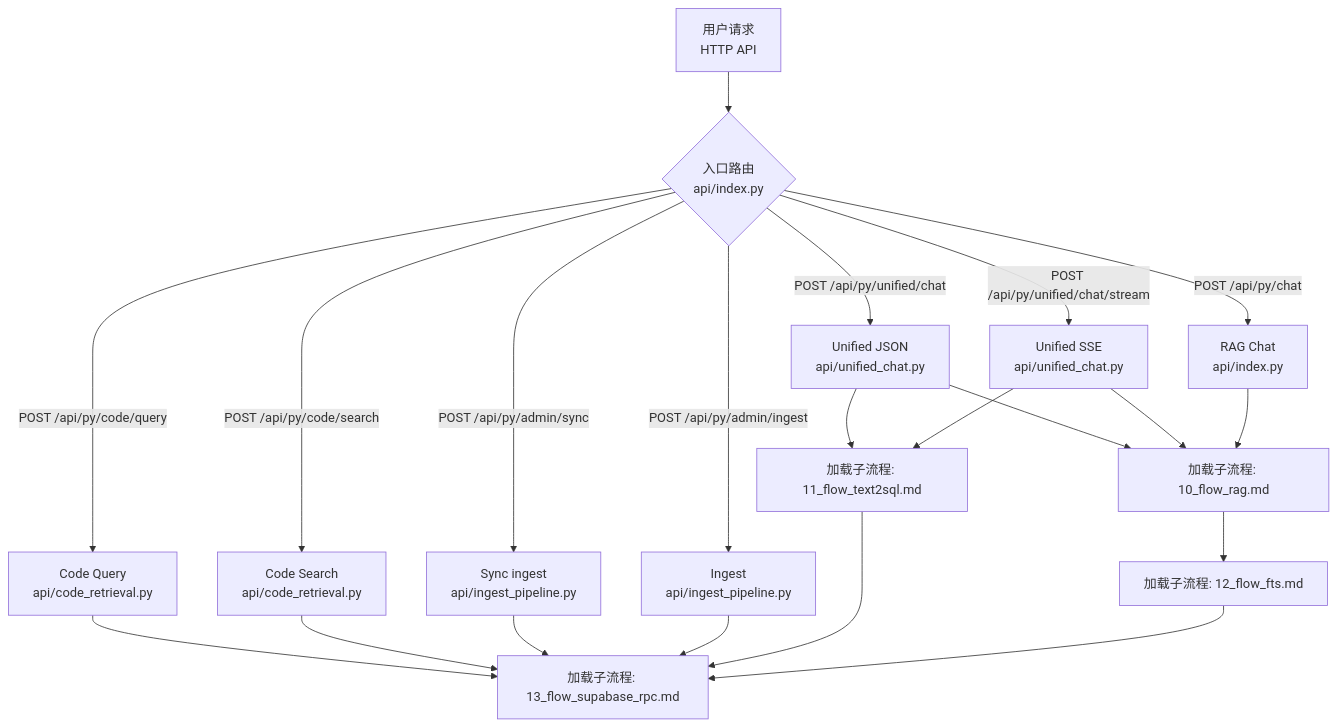
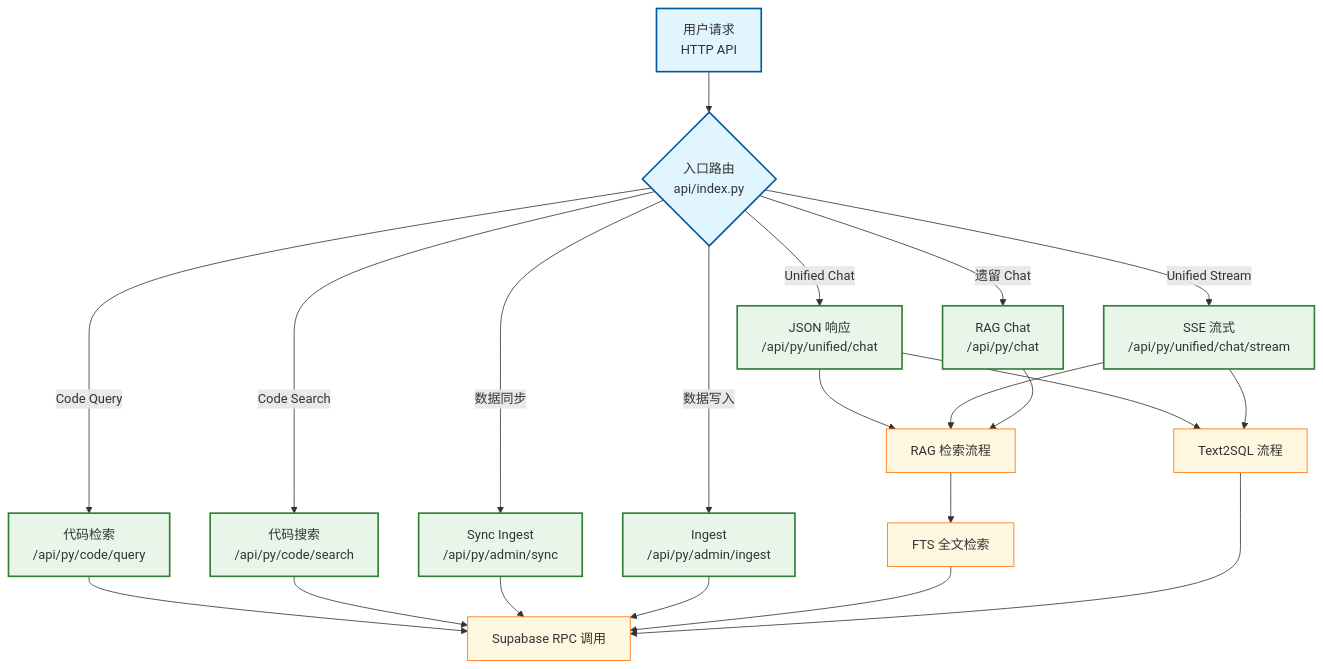
Before and after one commit to Cyning12/ai-ink-brain-api-python: the diagram in docs/_tech_graph/00_main.md, drawn with Mermaid. The commit also changed 4 other files, not shown here.

First line of the commit message:
style(docs): 人类友好版图谱样式统一优化

````diff
--- a/docs/_tech_graph/00_main.md
+++ b/docs/_tech_graph/00_main.md
@@ -1,38 +1,45 @@
 ```mermaid
 flowchart TD
-  %% version: 2026-04-23 (main)
+    %% version: 2026-04-24 (main)
 
-  Q[用户请求<br/>HTTP API] --> E{入口路由<br/>api/index.py}
+    %% 入口
+    Q[用户请求<br/>HTTP API] --> E{入口路由<br/>api/index.py}
 
-  %% unified
-  E -->|POST /api/py/unified/chat| U1[Unified JSON<br/>api/unified_chat.py]
-  E -->|POST /api/py/unified/chat/stream| U2[Unified SSE<br/>api/unified_chat.py]
-  U1 --> RAG[加载子流程: 10_flow_rag.md]
-  U2 --> RAG
-  U1 --> T2S[加载子流程: 11_flow_text2sql.md]
-  U2 --> T2S
+    %% 主业务分支
+    E -->|Unified Chat| U1[JSON 响应<br/>/api/py/unified/chat]
+    E -->|Unified Stream| U2[SSE 流式<br/>/api/py/unified/chat/stream]
+    E -->|遗留 Chat| C1[RAG Chat<br/>/api/py/chat]
 
-  %% legacy chat
-  E -->|POST /api/py/chat| C1[RAG Chat<br/>api/index.py]
-  C1 --> RAG
+    %% 数据与代码分支
+    E -->|Code Query| CR1[代码检索<br/>/api/py/code/query]
+    E -->|Code Search| CR2[代码搜索<br/>/api/py/code/search]
+    E -->|数据同步| A1[Sync Ingest<br/>/api/py/admin/sync]
+    E -->|数据写入| A2[Ingest<br/>/api/py/admin/ingest]
 
-  %% code rag
-  E -->|POST /api/py/code/query| CR1[Code Query<br/>api/code_retrieval.py]
-  E -->|POST /api/py/code/search| CR2[Code Search<br/>api/code_retrieval.py]
-  CR1 --> RPC[加载子流程: 13_flow_supabase_rpc.md]
-  CR2 --> RPC
+    %% 核心子流程
+    U1 --> RAG[RAG 检索流程]
+    U2 --> RAG
+    C1 --> RAG
 
-  %% admin ingest
-  E -->|POST /api/py/admin/sync| A1[Sync ingest<br/>api/ingest_pipeline.py]
-  E -->|POST /api/py/admin/ingest| A2[Ingest<br/>api/ingest_pipeline.py]
-  A1 --> RPC
-  A2 --> RPC
+    U1 --> T2S[Text2SQL 流程]
+    U2 --> T2S
 
-  %% shared infra
-  RAG --> FTS[加载子流程: 12_flow_fts.md]
-  T2S --> RPC
-  FTS --> RPC
+    CR1 --> RPC[Supabase RPC 调用]
+    CR2 --> RPC
+    A1 --> RPC
+    A2 --> RPC
 
-  %% docs links (human clickable)
-  classDef link fill:#fff,stroke:#bbb,stroke-width:1px;
+    %% 共享依赖
+    RAG --> FTS[FTS 全文检索]
+    FTS --> RPC
+    T2S --> RPC
+
+    %% 样式
+    classDef start fill:#e1f5fe,stroke:#01579b,stroke-width:2px
+    classDef main fill:#e8f5e9,stroke:#2e7d32,stroke-width:2px
+    classDef infra fill:#fff8e1,stroke:#ff6f00,stroke-width:1px
+
+    class Q,E start
+    class U1,U2,C1,CR1,CR2,A1,A2 main
+    class RAG,T2S,RPC,FTS infra
 ```
````
